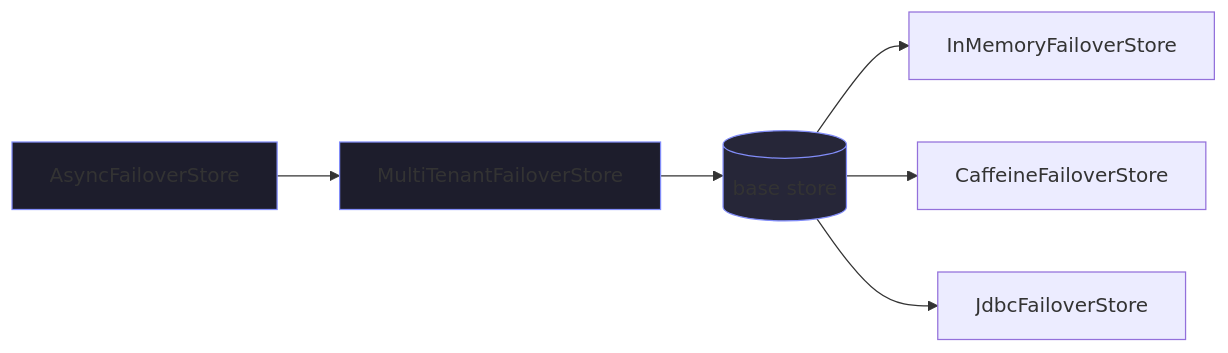
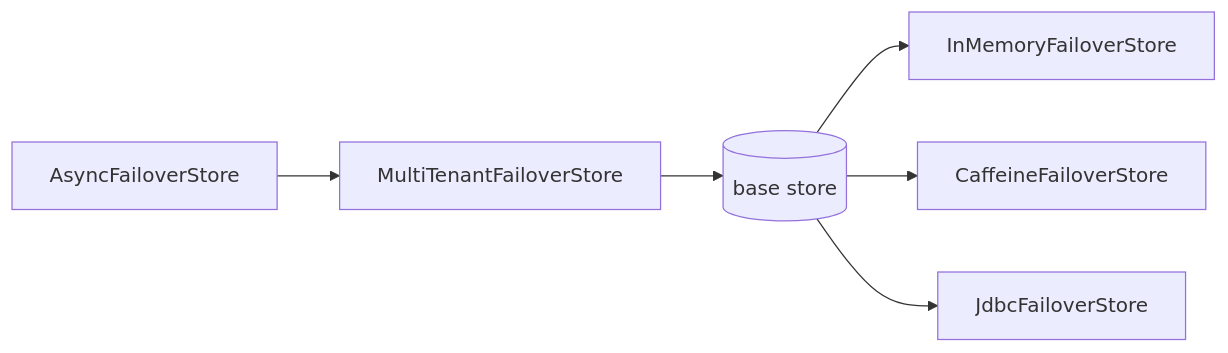
Before and after one commit to societe-generale/failover: the fourth of 4 diagrams in docs/concepts/how-it-works.md, drawn with Mermaid. The commit also changed 16 other files, not shown here.

````diff
--- a/docs/concepts/how-it-works.md
+++ b/docs/concepts/how-it-works.md
@@ -93,12 +93,9 @@
 ```mermaid
 flowchart LR
     A[AsyncFailoverStore] --> M[MultiTenantFailoverStore]
     M --> B[(base store)]
     B --> I[InMemoryFailoverStore]
     B --> C[CaffeineFailoverStore]
     B --> J[JdbcFailoverStore]
 
-    style A fill:#1d1d2c,stroke:#818cf8
-    style M fill:#1d1d2c,stroke:#818cf8
-    style B fill:#262638,stroke:#818cf8
 ```
````
